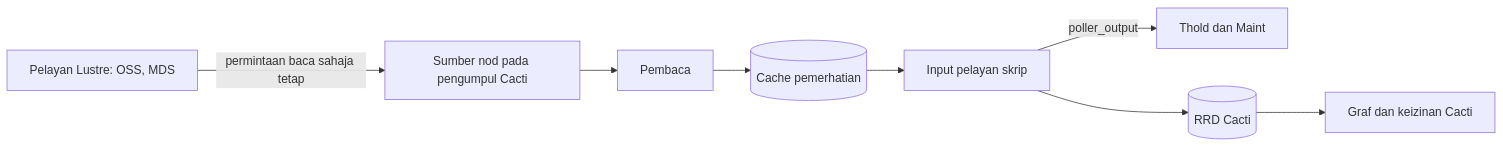
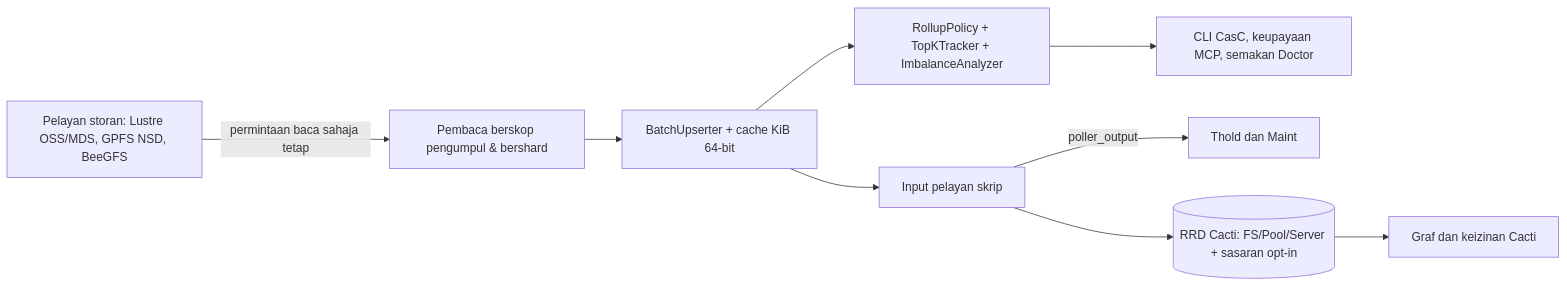
Before and after one commit to somethingwithproof/plugin_pfs: the diagram in docs/i18n/ms-MY/README.md, drawn with Mermaid. The commit also changed other lines of this file and 47 other files, not shown here.

````diff
--- a/docs/i18n/ms-MY/README.md
+++ b/docs/i18n/ms-MY/README.md
@@ -74,10 +82,11 @@
 ```mermaid
 flowchart LR
-    N[Pelayan Lustre: OSS, MDS] -->|permintaan baca sahaja tetap| S[Sumber nod pada pengumpul Cacti]
-    S --> R[Pembaca]
-    R --> C[(Cache pemerhatian)]
-    C --> SS[Input pelayan skrip]
-    SS -->|poller_output| T[Thold dan Maint]
-    SS --> RRD[(RRD Cacti)]
-    RRD --> G[Graf dan keizinan Cacti]
+    N["Pelayan storan: Lustre OSS/MDS, GPFS NSD, BeeGFS"] -->|permintaan baca sahaja tetap| S["Pembaca berskop pengumpul & bershard"]
+    S --> B["BatchUpserter + cache KiB 64-bit"]
+    B --> R["RollupPolicy + TopKTracker + ImbalanceAnalyzer"]
+    B --> SS["Input pelayan skrip"]
+    R --> ECO["CLI CasC, keupayaan MCP, semakan Doctor"]
+    SS -->|poller_output| T["Thold dan Maint"]
+    SS --> RRD[("RRD Cacti: FS/Pool/Server + sasaran opt-in")]
+    RRD --> G["Graf dan keizinan Cacti"]
 ```
````
